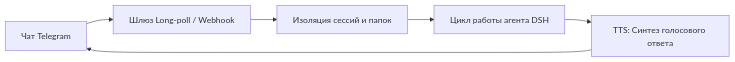
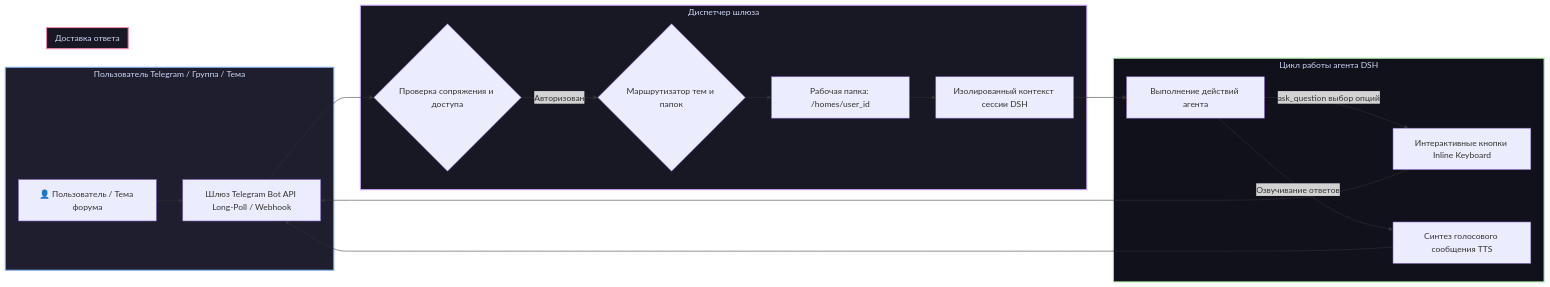
One commit to GooDAnDReaDY/dsh-messenger-gateway changed the diagram in README.ru.md. Above: the diagram before and after it, drawn with Mermaid. The commit also changed other lines of this file and 2 other files, not shown here.

Commit message:
docs: expand dsh-messenger-gateway with interactive button steering, forum topics, pairing security & homes isolation

````diff
--- a/README.ru.md
+++ b/README.ru.md
@@ -28,8 +30,29 @@
 ```mermaid
 graph LR
-    TG[Чат Telegram] --> LongPoll[Шлюз Long-poll / Webhook]
-    LongPoll --> SessionRouter[Изоляция сессий и папок]
-    SessionRouter --> Agent[Цикл работы агента DSH]
-    Agent --> TTS[TTS: Синтез голосового ответа]
-    TTS --> TG
+    subgraph TelegramClient [Пользователь Telegram / Группа / Тема]
+        User[👤 Пользователь / Тема форума] --> TG[Шлюз Telegram Bot API Long-Poll / Webhook]
+    end
+
+    subgraph GatewayCore [Диспетчер шлюза]
+        TG --> Auth{Проверка сопряжения и доступа}
+        Auth -->|Авторизован| Router{Маршрутизатор тем и папок}
+        Router --> Home[Рабочая папка: /homes/user_id]
+        Home --> Thread[Изолированный контекст сессии DSH]
+    end
+
+    subgraph AgentLoop [Цикл работы агента DSH]
+        Thread --> Agent[Выполнение действий агента]
+        Agent -->|ask_question выбор опций| Ask[Интерактивные кнопки Inline Keyboard]
+        Agent -->|Озвучивание ответов| TTS[Синтез голосового сообщения TTS]
+    end
+
+    subgraph Feedback [Доставка ответа]
+        Ask --> TG
+        TTS --> TG
+    end
+
+    style TelegramClient fill:#1e1e2e,stroke:#89b4fa,stroke-width:2px,color:#cdd6f4
+    style GatewayCore fill:#181825,stroke:#cba6f7,stroke-width:2px,color:#cdd6f4
+    style AgentLoop fill:#11111b,stroke:#a6e3a1,stroke-width:2px,color:#cdd6f4
+    style Feedback fill:#181825,stroke:#f38ba8,stroke-width:2px,color:#cdd6f4
 ```
````
